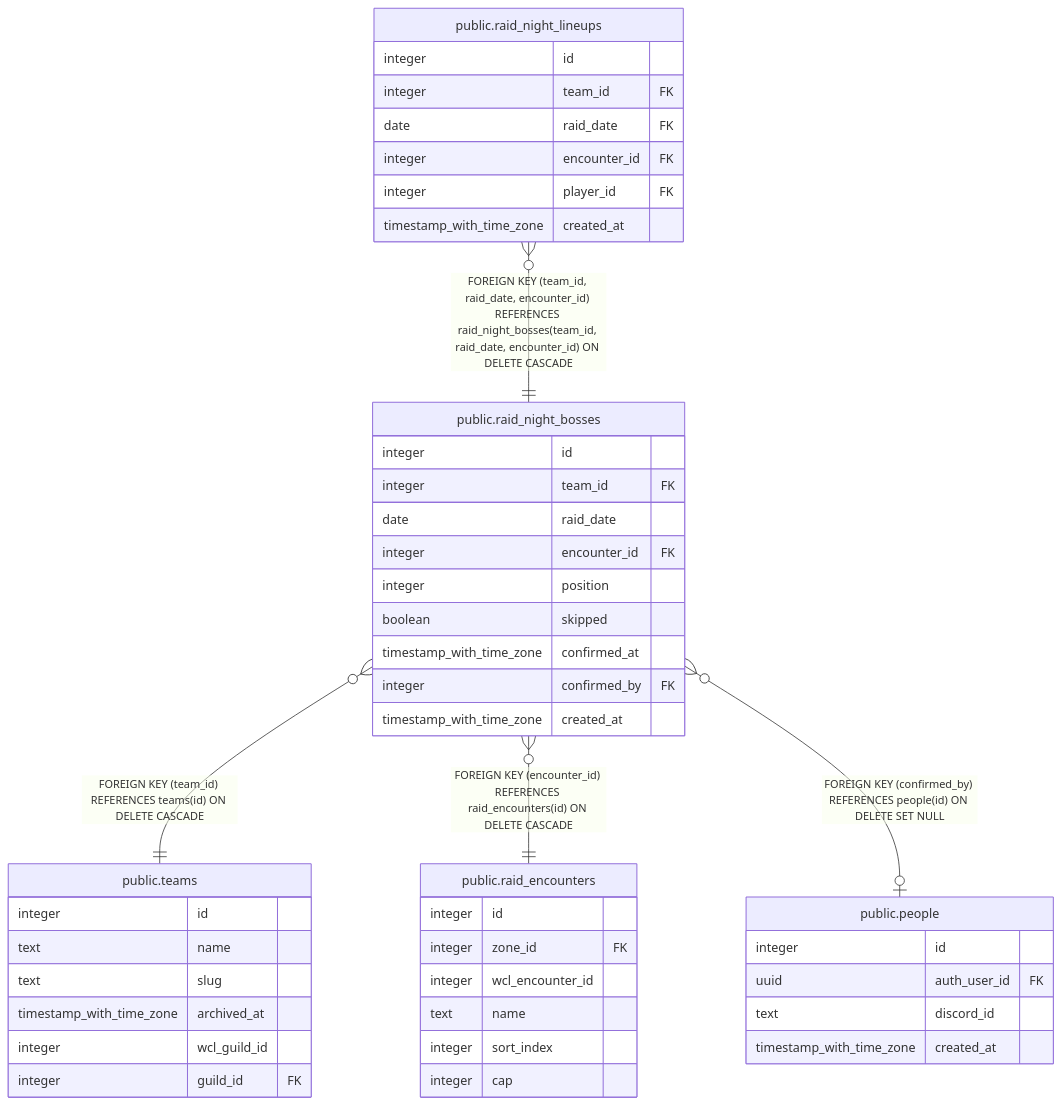
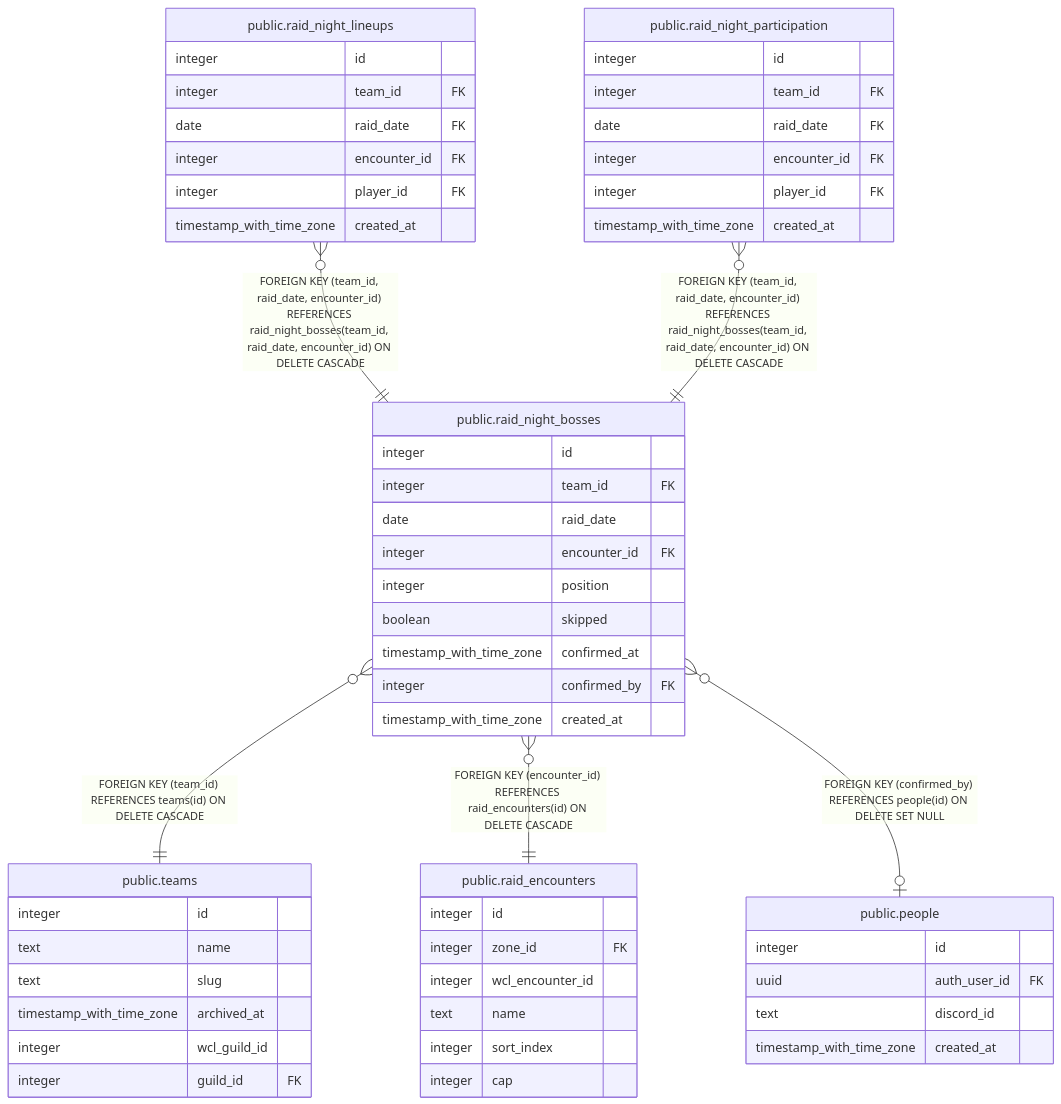
One commit to katogaming88/WGA-Raid-Hub changed the diagram in dbdoc/public.raid_night_bosses.md. Above: the diagram before and after it, drawn with Mermaid. The commit also changed other lines of this file and 24 other files, not shown here.

````diff
--- a/dbdoc/public.raid_night_bosses.md
+++ b/dbdoc/public.raid_night_bosses.md
@@ -42,50 +42,59 @@
 ```mermaid
 erDiagram
 
 "public.raid_night_bosses" }o--|| "public.teams" : "FOREIGN KEY (team_id) REFERENCES teams(id) ON DELETE CASCADE"
 "public.raid_night_lineups" }o--|| "public.raid_night_bosses" : "FOREIGN KEY (team_id, raid_date, encounter_id) REFERENCES raid_night_bosses(team_id, raid_date, encounter_id) ON DELETE CASCADE"
+"public.raid_night_participation" }o--|| "public.raid_night_bosses" : "FOREIGN KEY (team_id, raid_date, encounter_id) REFERENCES raid_night_bosses(team_id, raid_date, encounter_id) ON DELETE CASCADE"
 "public.raid_night_bosses" }o--|| "public.raid_encounters" : "FOREIGN KEY (encounter_id) REFERENCES raid_encounters(id) ON DELETE CASCADE"
 "public.raid_night_bosses" }o--o| "public.people" : "FOREIGN KEY (confirmed_by) REFERENCES people(id) ON DELETE SET NULL"
 
 "public.raid_night_bosses" {
   integer id
   integer team_id FK
   date raid_date
   integer encounter_id FK
   integer position
   boolean skipped
   timestamp_with_time_zone confirmed_at
   integer confirmed_by FK
   timestamp_with_time_zone created_at
 }
 "public.teams" {
   integer id
   text name
   text slug
   timestamp_with_time_zone archived_at
   integer wcl_guild_id
   integer guild_id FK
 }
 "public.raid_night_lineups" {
   integer id
   integer team_id FK
   date raid_date FK
   integer encounter_id FK
   integer player_id FK
   timestamp_with_time_zone created_at
 }
+"public.raid_night_participation" {
+  integer id
+  integer team_id FK
+  date raid_date FK
+  integer encounter_id FK
+  integer player_id FK
+  timestamp_with_time_zone created_at
+}
 "public.raid_encounters" {
   integer id
   integer zone_id FK
   integer wcl_encounter_id
   text name
   integer sort_index
   integer cap
 }
 "public.people" {
   integer id
   uuid auth_user_id FK
   text discord_id
   timestamp_with_time_zone created_at
 }
 ```
````
